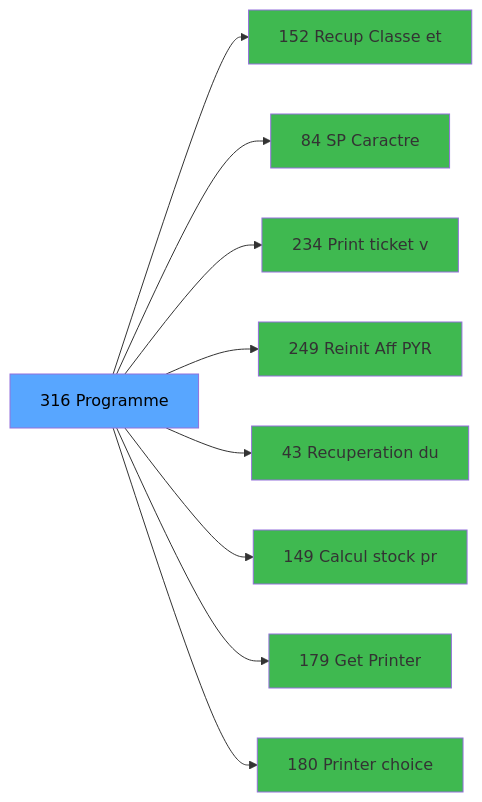
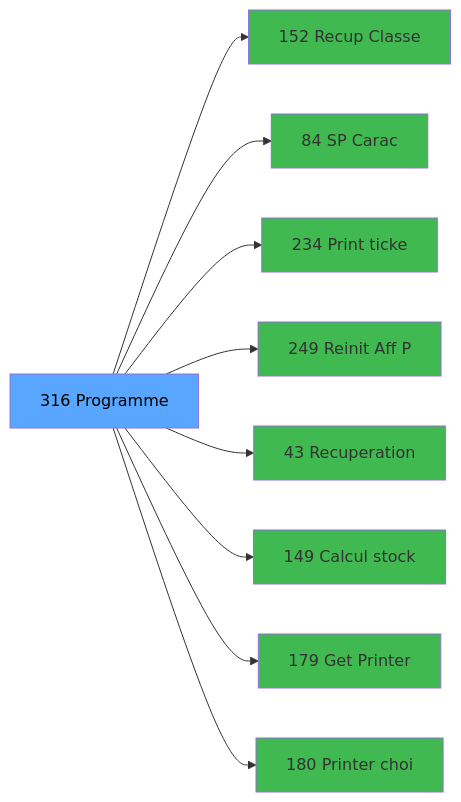
One commit to thonyAGP/magic-migration changed the third of 3 diagrams in .openspec/specs/ADH-IDE-316.md. Above: the diagram before and after it, drawn with Mermaid. The commit also changed other lines of this file and 323 other files, not shown here.

````diff
--- a/.openspec/specs/ADH-IDE-316.md
+++ b/.openspec/specs/ADH-IDE-316.md
@@ -152,29 +177,29 @@
 ```mermaid
 graph LR
     T[316 Programme]
-    C152[152 Recup Classe et]
+    C152[152 Recup Classe]
     T --> C152
-    C84[84     SP Caractre]
+    C84[84     SP Carac]
     T --> C84
-    C234[234  Print ticket v]
+    C234[234  Print ticke]
     T --> C234
-    C249[249 Reinit Aff PYR]
+    C249[249 Reinit Aff P]
     T --> C249
-    C43[43 Recuperation du]
+    C43[43 Recuperation]
     T --> C43
-    C149[149 Calcul stock pr]
+    C149[149 Calcul stock]
     T --> C149
     C179[179 Get Printer]
     T --> C179
-    C180[180 Printer choice]
+    C180[180 Printer choi]
     T --> C180
     style T fill:#58a6ff,color:#000
     style C152 fill:#3fb950
     style C84 fill:#3fb950
     style C234 fill:#3fb950
     style C249 fill:#3fb950
     style C43 fill:#3fb950
     style C149 fill:#3fb950
     style C179 fill:#3fb950
     style C180 fill:#3fb950
 ```
````
